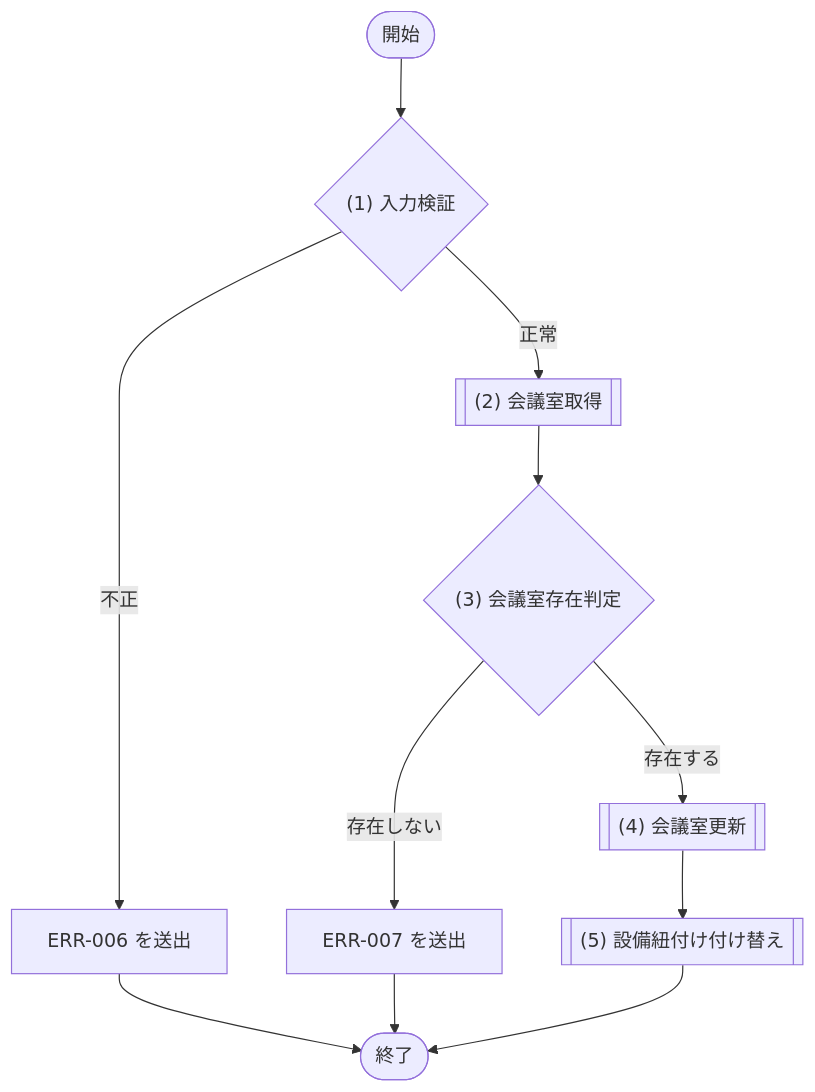
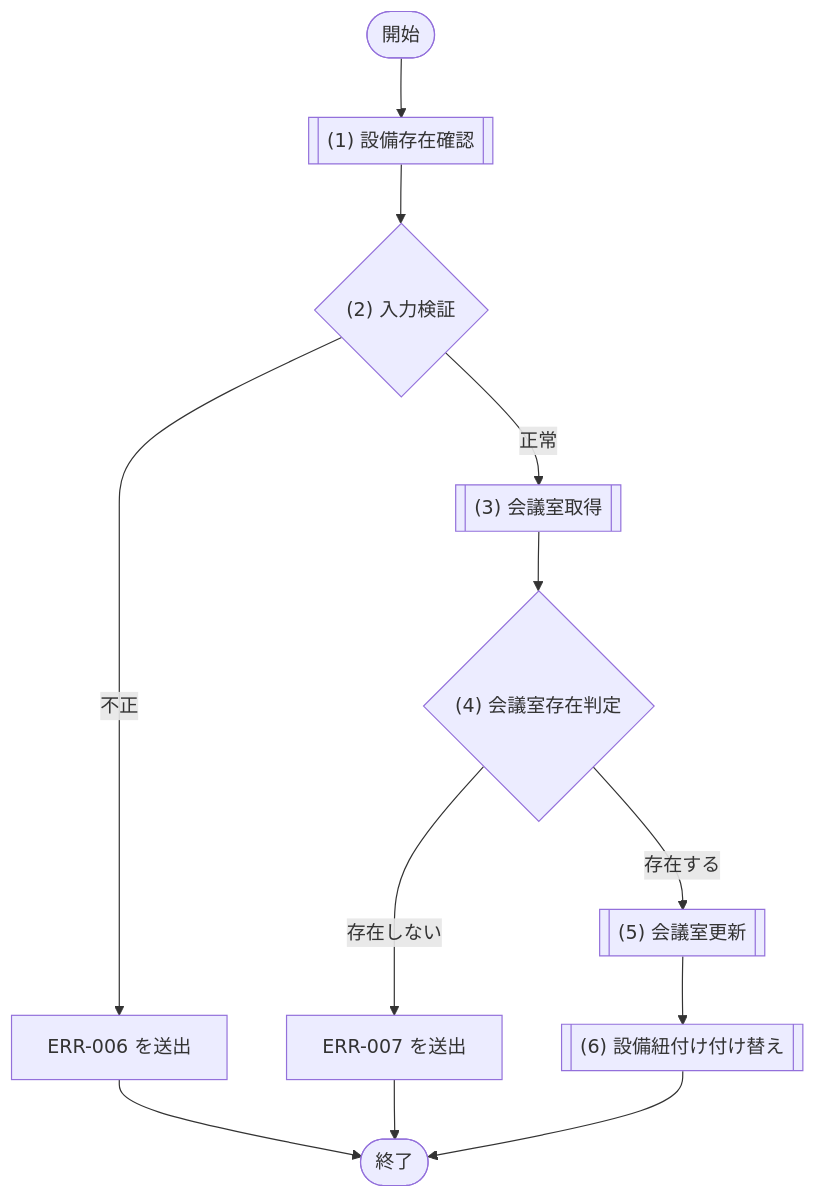
Before and after one commit to sikakou54/system-document-template: the second of 5 diagrams in docs/03_機能設計/05_モジュール設計/MOD-004_会議室管理サービス.md, drawn with Mermaid. The commit also changed other lines of this file and 15 other files, not shown here.

````diff
--- a/docs/03_機能設計/05_モジュール設計/MOD-004_会議室管理サービス.md
+++ b/docs/03_機能設計/05_モジュール設計/MOD-004_会議室管理サービス.md
@@ -192,18 +209,19 @@
 ```mermaid
 flowchart TD
   Start([開始])
-  D1{"(1) 入力検証"}
-  P1[["(2) 会議室取得"]]
-  D2{"(3) 会議室存在判定"}
-  P2[["(4) 会議室更新"]]
-  P3[["(5) 設備紐付け付け替え"]]
+  P1[["(1) 設備存在確認"]]
+  D1{"(2) 入力検証"}
+  P2[["(3) 会議室取得"]]
+  D2{"(4) 会議室存在判定"}
+  P3[["(5) 会議室更新"]]
+  P4[["(6) 設備紐付け付け替え"]]
   E1["ERR-006 を送出"]
   E2["ERR-007 を送出"]
   End([終了])
 
-  Start --> D1
+  Start --> P1 --> D1
   D1 -- "不正" --> E1 --> End
-  D1 -- "正常" --> P1 --> D2
+  D1 -- "正常" --> P2 --> D2
   D2 -- "存在しない" --> E2 --> End
-  D2 -- "存在する" --> P2 --> P3 --> End
+  D2 -- "存在する" --> P3 --> P4 --> End
 ```
````
